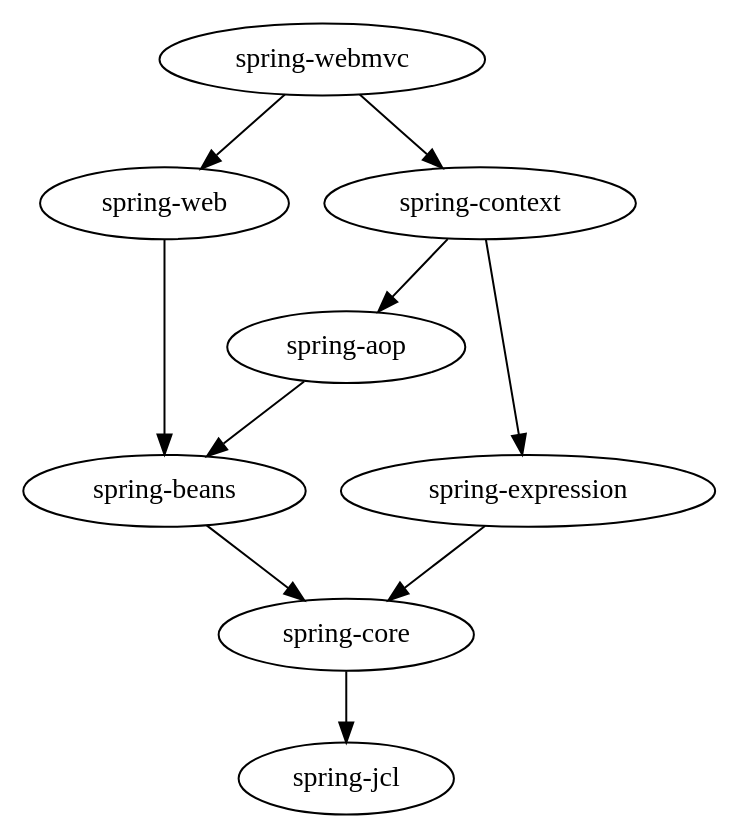
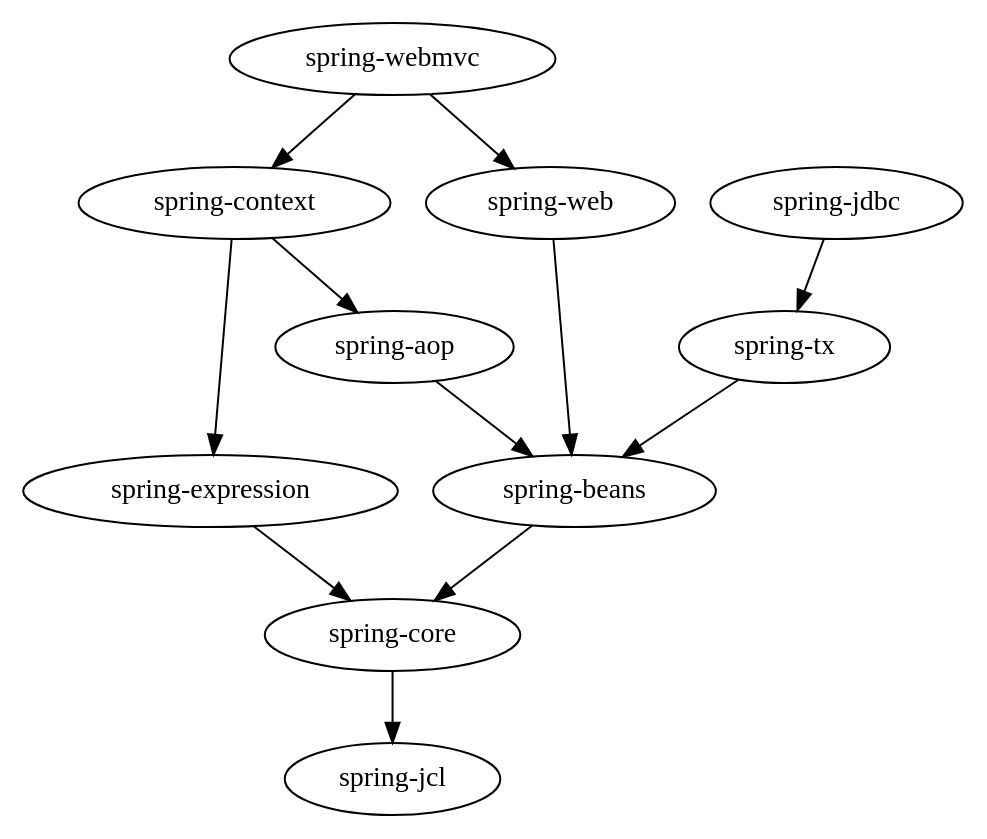
One commit to MoonChaserChen/Re0-Spring changed the first of 2 diagrams in docs/1、架构/架构.md. Above: the diagram before and after it, drawn with PlantUML. The commit also changed other lines of this file and 11 other files, not shown here.

````diff
--- a/docs/1、架构/架构.md
+++ b/docs/1、架构/架构.md
@@ -3,13 +4,15 @@
 ```plantuml
 digraph G {
-        "spring-core" -> "spring-jcl"
-        "spring-web" -> "spring-beans"
-        "spring-beans" -> "spring-core"
-        "spring-webmvc" -> "spring-context"
-        "spring-webmvc" -> "spring-web"
-        "spring-aop" -> "spring-beans"
-        "spring-context" -> "spring-expression"
-        "spring-context" -> "spring-aop"
-        "spring-expression" -> "spring-core"
+    "spring-core" -> "spring-jcl"
+    "spring-web" -> "spring-beans"
+    "spring-beans" -> "spring-core"
+    "spring-webmvc" -> "spring-context"
+    "spring-webmvc" -> "spring-web"
+    "spring-aop" -> "spring-beans"
+    "spring-context" -> "spring-aop"
+    "spring-context" -> "spring-expression"
+    "spring-expression" -> "spring-core"
+    "spring-jdbc" -> "spring-tx"
+    "spring-tx" -> "spring-beans"
 }
 ```
````
